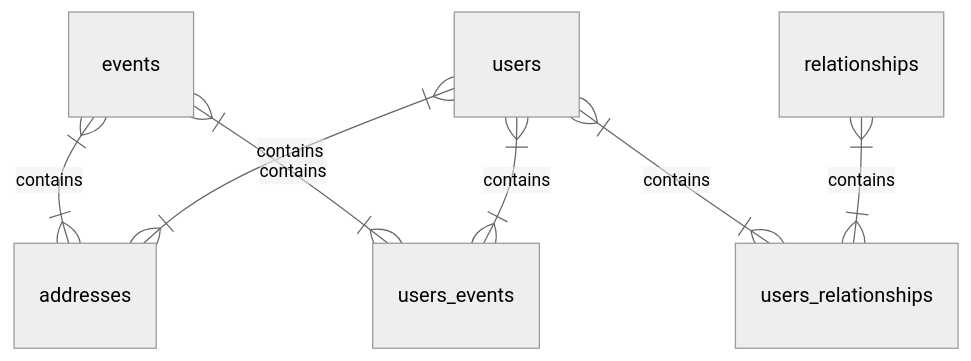
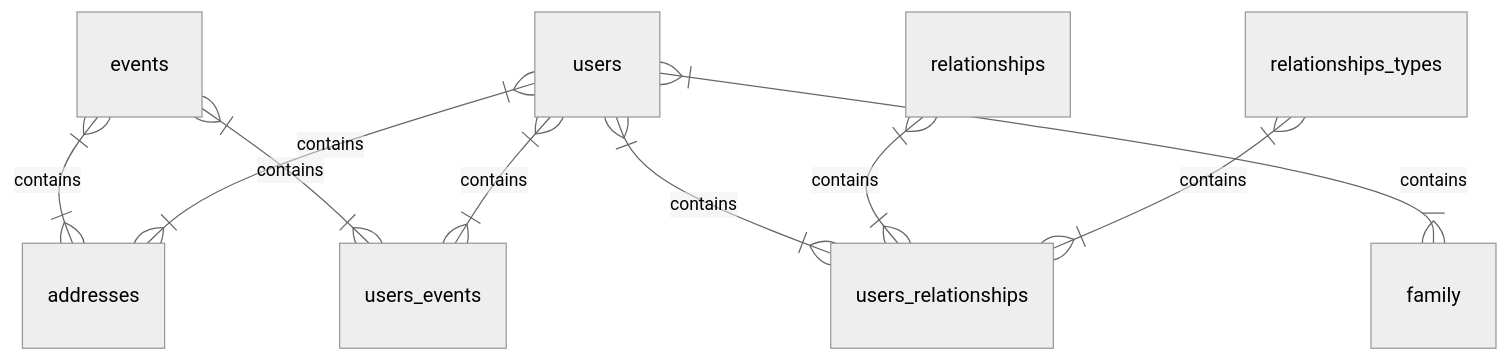
One commit to ChrisUno/Childcare changed the first of 2 diagrams in README.md. Above: the diagram before and after it, drawn with Mermaid (neutral theme). The commit also changed other lines of this file, not shown here.

````diff
--- a/README.md
+++ b/README.md
@@ -33,10 +33,12 @@
 ``` mermaid
 erDiagram
 
           events }|--|{ addresses : "contains"
           events }|--|{ users_events : "contains"
           users }|--|{ users_events : "contains"
           users }|--|{ addresses : "contains"
           users }|--|{ users_relationships : "contains"
           relationships }|--|{ users_relationships : "contains"
+          relationships_types }|--|{ users_relationships : "contains"
+          users }|--|{ family : "contains"
 ```
````
